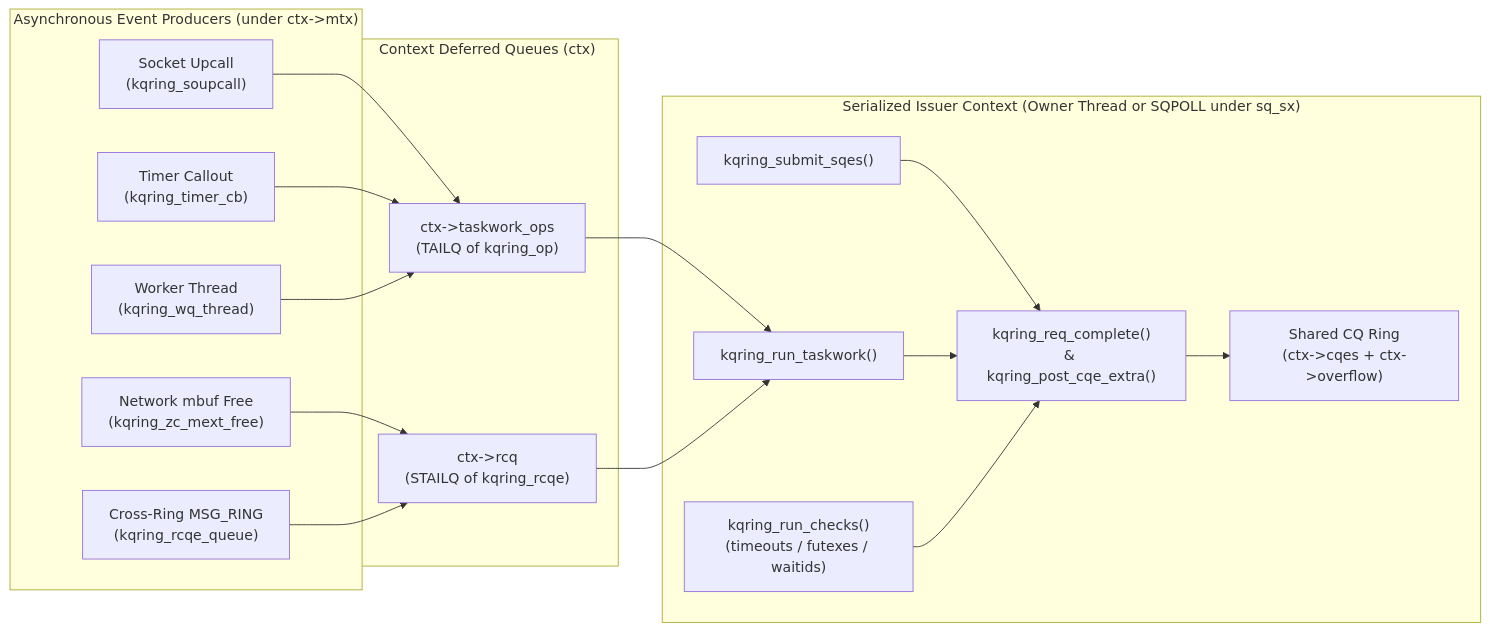
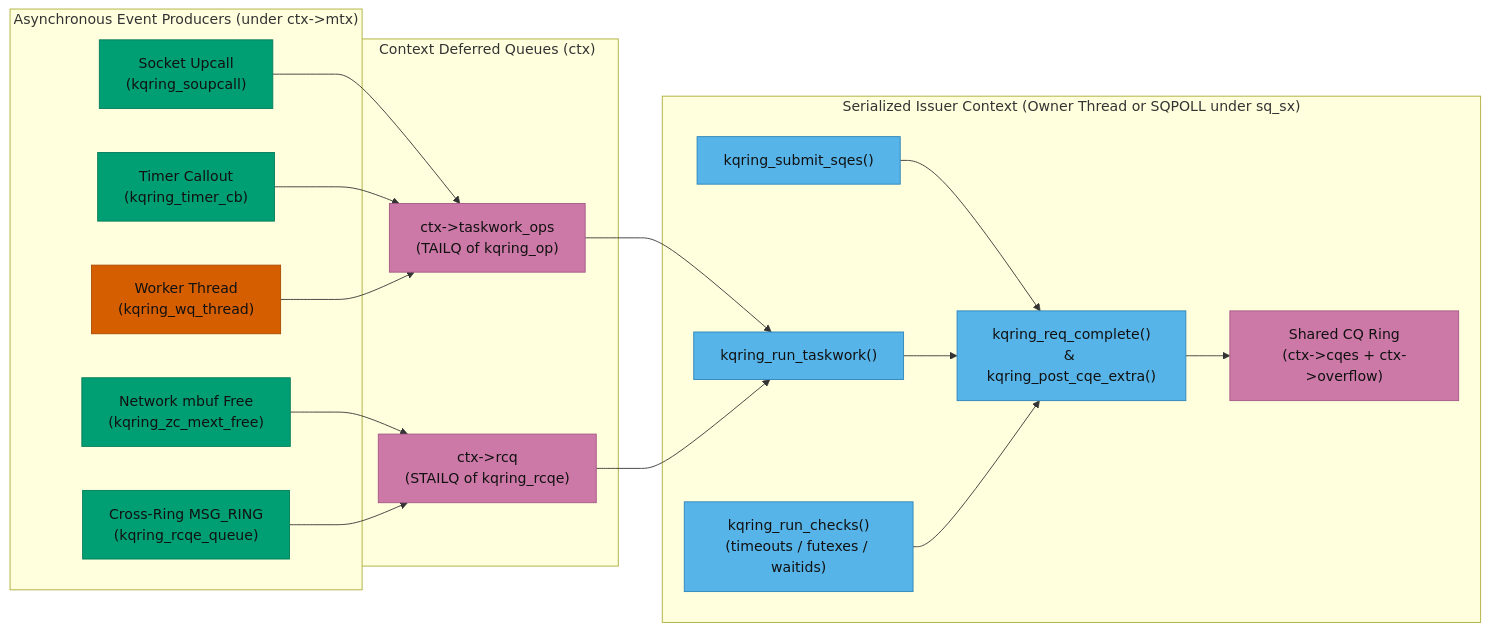
The third of 15 diagrams in ARCHITECTURE.MD (grepjava/kqring), drawn with Mermaid before and after one commit. The commit also changed other lines of this file and 1 other file, not shown here.

First line of the commit message:
Docs: color the diagrams by role

````diff
--- a/ARCHITECTURE.MD
+++ b/ARCHITECTURE.MD
@@ -142,36 +160,45 @@
 ```mermaid
 flowchart LR
     subgraph AsyncProducers["Asynchronous Event Producers (under ctx->mtx)"]
         UP["Socket Upcall<br/>(kqring_soupcall)"]
         TM["Timer Callout<br/>(kqring_timer_cb)"]
         WK["Worker Thread<br/>(kqring_wq_thread)"]
         ZC_CB["Network mbuf Free<br/>(kqring_zc_mext_free)"]
         MR["Cross-Ring MSG_RING<br/>(kqring_rcqe_queue)"]
     end
 
     subgraph Queues["Context Deferred Queues (ctx)"]
         TW["ctx->taskwork_ops<br/>(TAILQ of kqring_op)"]
         RCQ["ctx->rcq<br/>(STAILQ of kqring_rcqe)"]
     end
 
     subgraph SerializedIssuer["Serialized Issuer Context (Owner Thread or SQPOLL under sq_sx)"]
         RUN["kqring_run_taskwork()"]
         SUB["kqring_submit_sqes()"]
         CHK["kqring_run_checks()<br/>(timeouts / futexes / waitids)"]
         COMP["kqring_req_complete()<br/>& kqring_post_cqe_extra()"]
         CQR["Shared CQ Ring<br/>(ctx->cqes + ctx->overflow)"]
     end
 
     UP --> TW
     TM --> TW
     WK --> TW
     ZC_CB --> RCQ
     MR --> RCQ
 
     TW --> RUN
     RCQ --> RUN
     SUB --> COMP
     RUN --> COMP
     CHK --> COMP
     COMP --> CQR
+
+    classDef core fill:#56b4e9,stroke:#2b83b8,color:#111111
+    classDef ops fill:#009e73,stroke:#007a59,color:#111111
+    classDef worker fill:#d55e00,stroke:#a84a00,color:#111111
+    classDef queue fill:#cc79a7,stroke:#a35684,color:#111111
+    class UP,TM,ZC_CB,MR ops
+    class WK worker
+    class TW,RCQ,CQR queue
+    class RUN,SUB,CHK,COMP core
 ```
````
